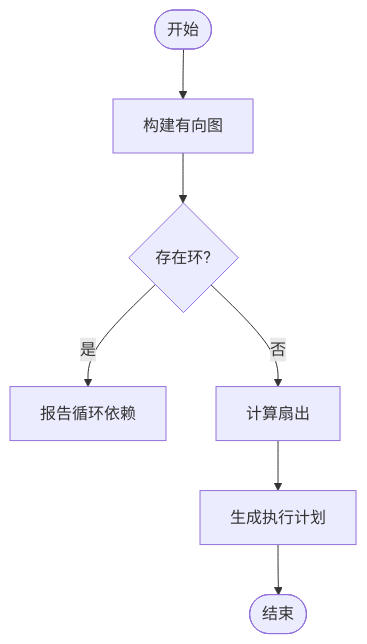
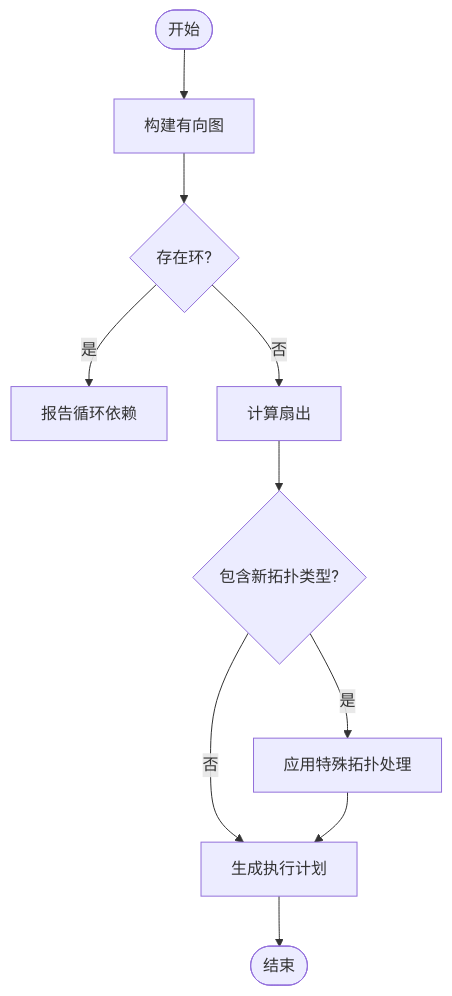
Diagram 11 of 16 in .qoder/repowiki/zh/content/画布编辑器/画布编辑器.md (scottcwy/PurpleInk), drawn with Mermaid before and after one commit. The commit also changed other lines of this file and 29 other files, not shown here.

````diff
--- a/.qoder/repowiki/zh/content/画布编辑器/画布编辑器.md
+++ b/.qoder/repowiki/zh/content/画布编辑器/画布编辑器.md
@@ -548,9 +637,12 @@
 ```mermaid
 flowchart TD
 Start(["开始"]) --> BuildGraph["构建有向图"]
 BuildGraph --> DetectCycle{"存在环?"}
 DetectCycle --> |是| ReportError["报告循环依赖"]
 DetectCycle --> |否| ComputeFanOut["计算扇出"]
-ComputeFanOut --> Schedule["生成执行计划"]
+ComputeFanOut --> NewTypes{"包含新拓扑类型?"}
+NewTypes --> |是| SpecialHandling["应用特殊拓扑处理"]
+NewTypes --> |否| Schedule["生成执行计划"]
+SpecialHandling --> Schedule
 Schedule --> End(["结束"])
 ```
````
